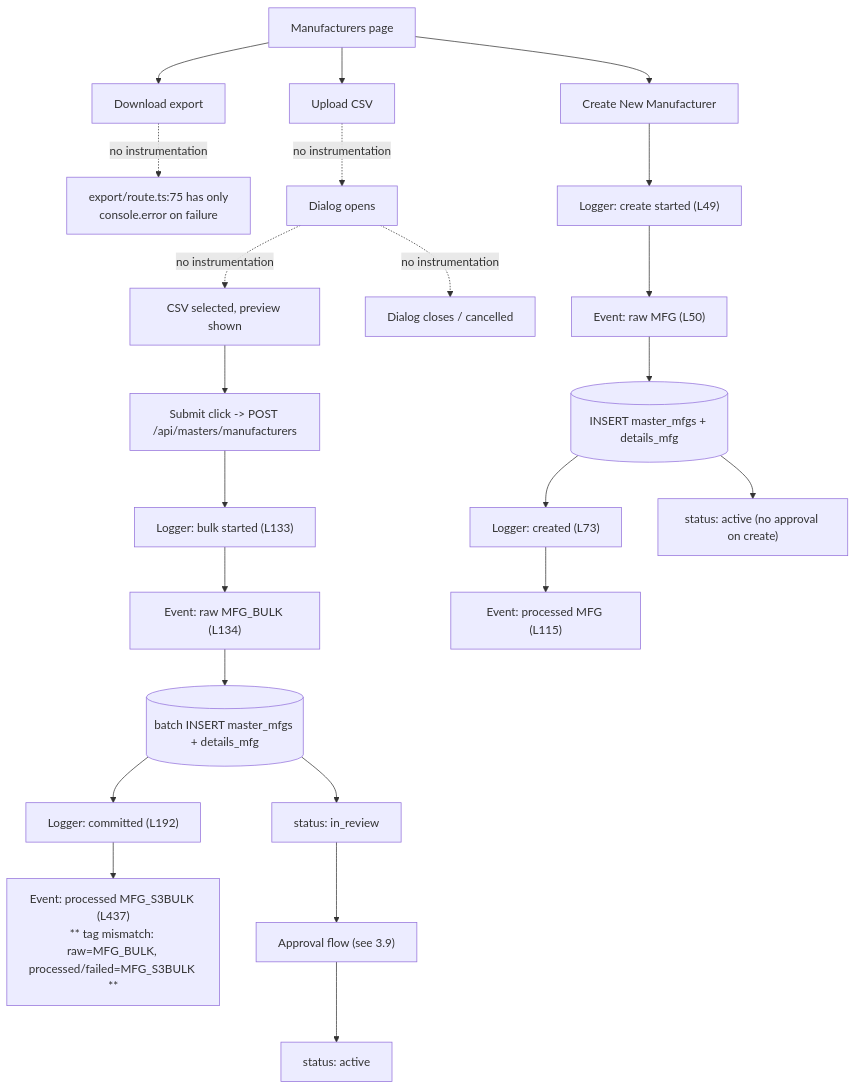
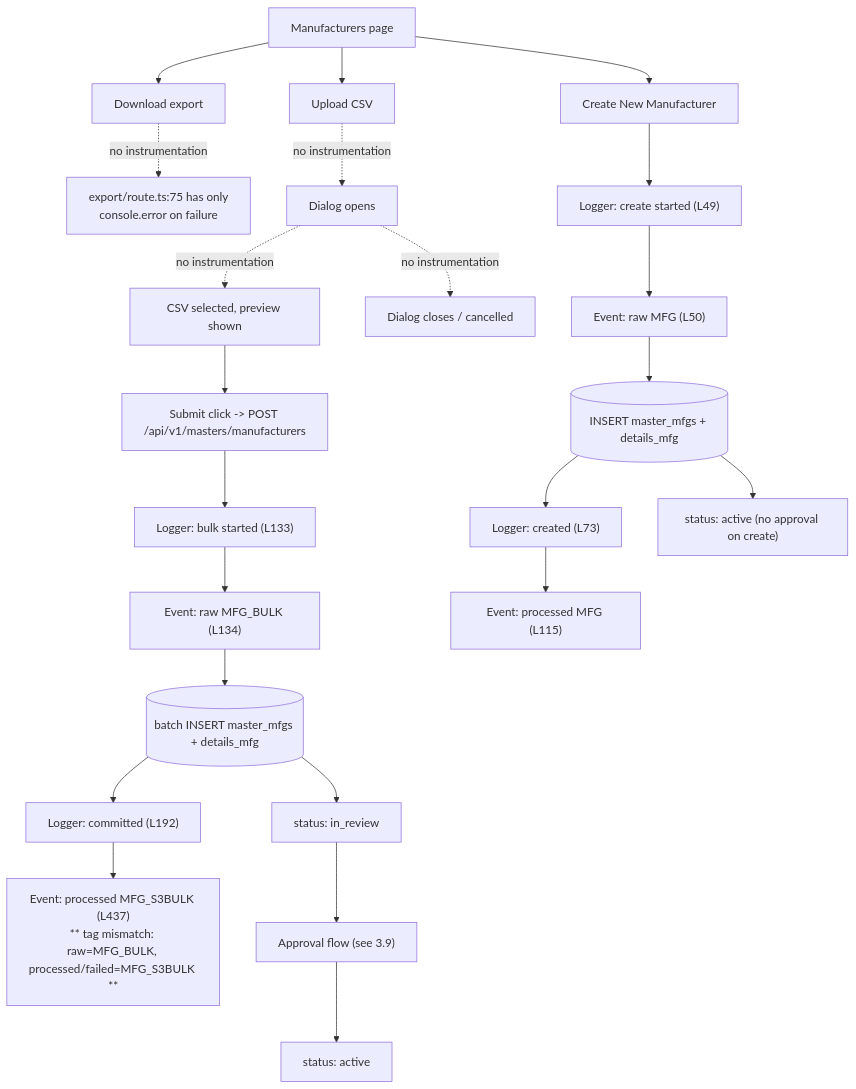
Before and after one commit to ERP-PreFg-Admin/ERP-Prefg-Tool: the third of 10 diagrams in erp_project/docs/interaction-logging-map.md, drawn with Mermaid. The commit also changed other lines of this file and 96 other files, not shown here.

````diff
--- a/erp_project/docs/interaction-logging-map.md
+++ b/erp_project/docs/interaction-logging-map.md
@@ -97,22 +97,22 @@
 ```mermaid
 flowchart TD
     Page["Manufacturers page"] --> DL["Download export"]
     Page --> UP["Upload CSV"]
     Page --> New["Create New Manufacturer"]
 
     DL -.no instrumentation.-> DLnote["export/route.ts:75 has only\nconsole.error on failure"]
 
     UP -.no instrumentation.-> Dialog["Dialog opens"]
     Dialog -.no instrumentation.-> Select["CSV selected, preview shown"]
-    Select --> Submit["Submit click -> POST /api/masters/manufacturers"]
+    Select --> Submit["Submit click -> POST /api/v1/masters/manufacturers"]
     Dialog -.no instrumentation.-> Cancel["Dialog closes / cancelled"]
 
     Submit --> L1["Logger: bulk started (L133)"] --> E1["Event: raw MFG_BULK (L134)"] --> DB1[("batch INSERT master_mfgs + details_mfg")] --> L2["Logger: committed (L192)"] --> E2["Event: processed MFG_S3BULK (L437)\n** tag mismatch: raw=MFG_BULK, processed/failed=MFG_S3BULK **"]
 
     New --> L3["Logger: create started (L49)"] --> E3["Event: raw MFG (L50)"] --> DB2[("INSERT master_mfgs + details_mfg")] --> L4["Logger: created (L73)"] --> E4["Event: processed MFG (L115)"]
 
     DB1 --> Status["status: in_review"]
     DB2 --> Status2["status: active (no approval on create)"]
     Status --> Approval["Approval flow (see 3.9)"]
     Approval --> Active["status: active"]
 ```
````
